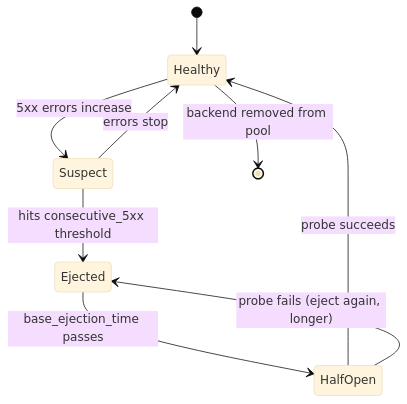
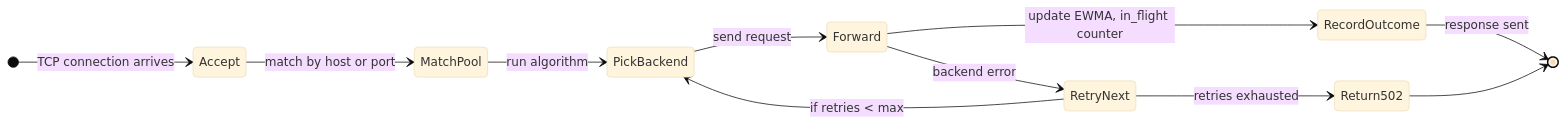
One commit to shiningflash/shiningflash.github.io changed diagram 13 of 17 in _practice/system-design/016-load-balancer.md. Above: the diagram before and after it, drawn with Mermaid (base theme). The commit also changed other lines of this file and 19 other files, not shown here.

````diff
--- a/_practice/system-design/016-load-balancer.md
+++ b/_practice/system-design/016-load-balancer.md
@@ -398,11 +612,14 @@
 ```mermaid
 stateDiagram-v2
-    [*] --> Healthy
-    Healthy --> Suspect: 5xx errors increase
-    Suspect --> Ejected: hits consecutive_5xx threshold
-    Suspect --> Healthy: errors stop
-    Ejected --> HalfOpen: base_ejection_time passes
-    HalfOpen --> Healthy: probe succeeds
-    HalfOpen --> Ejected: probe fails (eject again, longer)
-    Healthy --> [*]: backend removed from pool
+    direction LR
+    [*] --> Accept: TCP connection arrives
+    Accept --> MatchPool: match by host or port
+    MatchPool --> PickBackend: run algorithm
+    PickBackend --> Forward: send request
+    Forward --> RecordOutcome: update EWMA, in_flight counter
+    RecordOutcome --> [*]: response sent
+    Forward --> RetryNext: backend error
+    RetryNext --> PickBackend: if retries < max
+    RetryNext --> Return502: retries exhausted
+    Return502 --> [*]
 ```
````
